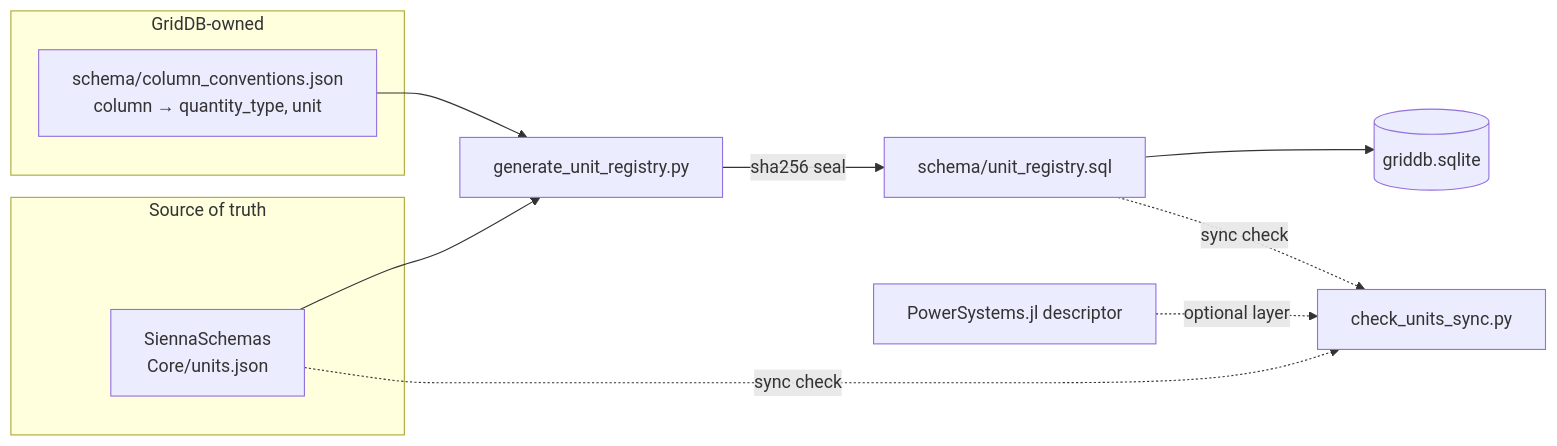
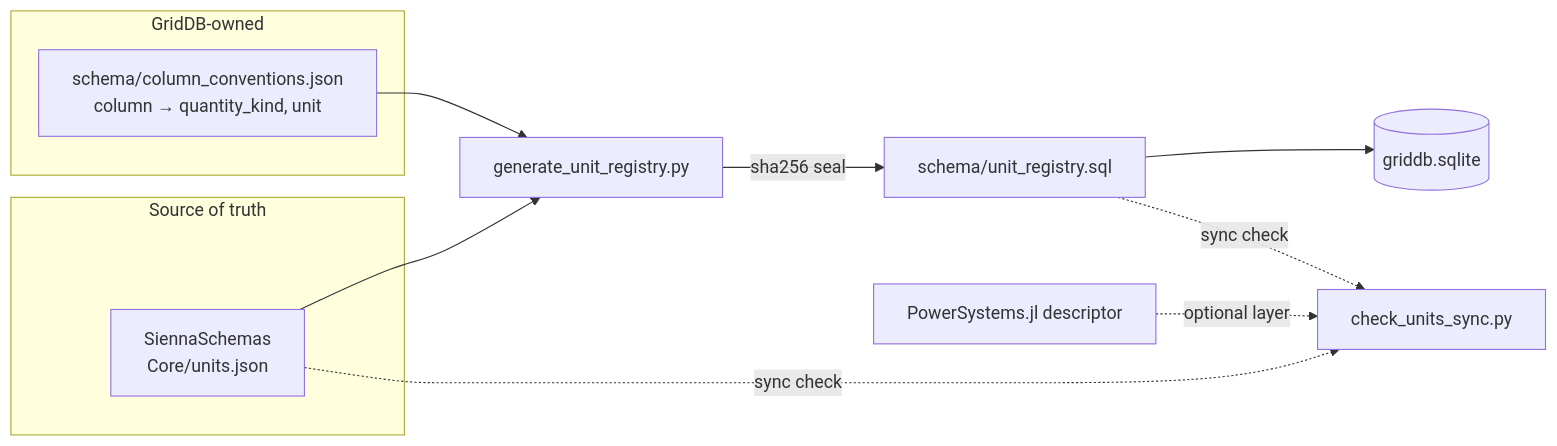
Before and after one commit to Sienna-Platform/SiennaGridDB: the first of 4 diagrams in docs/units-architecture.md, drawn with Mermaid. The commit also changed other lines of this file and 16 other files, not shown here.

First line of the commit message:
Say quantity_kind in the registry too

````diff
--- a/docs/units-architecture.md
+++ b/docs/units-architecture.md
@@ -10,16 +10,16 @@
 ```mermaid
 flowchart LR
     subgraph Source of truth
         U[SiennaSchemas<br/>Core/units.json]
     end
     subgraph GridDB-owned
-        C[schema/column_conventions.json<br/>column → quantity_type, unit]
+        C[schema/column_conventions.json<br/>column → quantity_kind, unit]
     end
     U --> G[generate_unit_registry.py]
     C --> G
     G -->|sha256 seal| R[schema/unit_registry.sql]
     R --> DB[(griddb.sqlite)]
     U -.sync check.-> S[check_units_sync.py]
     R -.sync check.-> S
     PSY[PowerSystems.jl descriptor] -.optional layer.-> S
 ```
````
